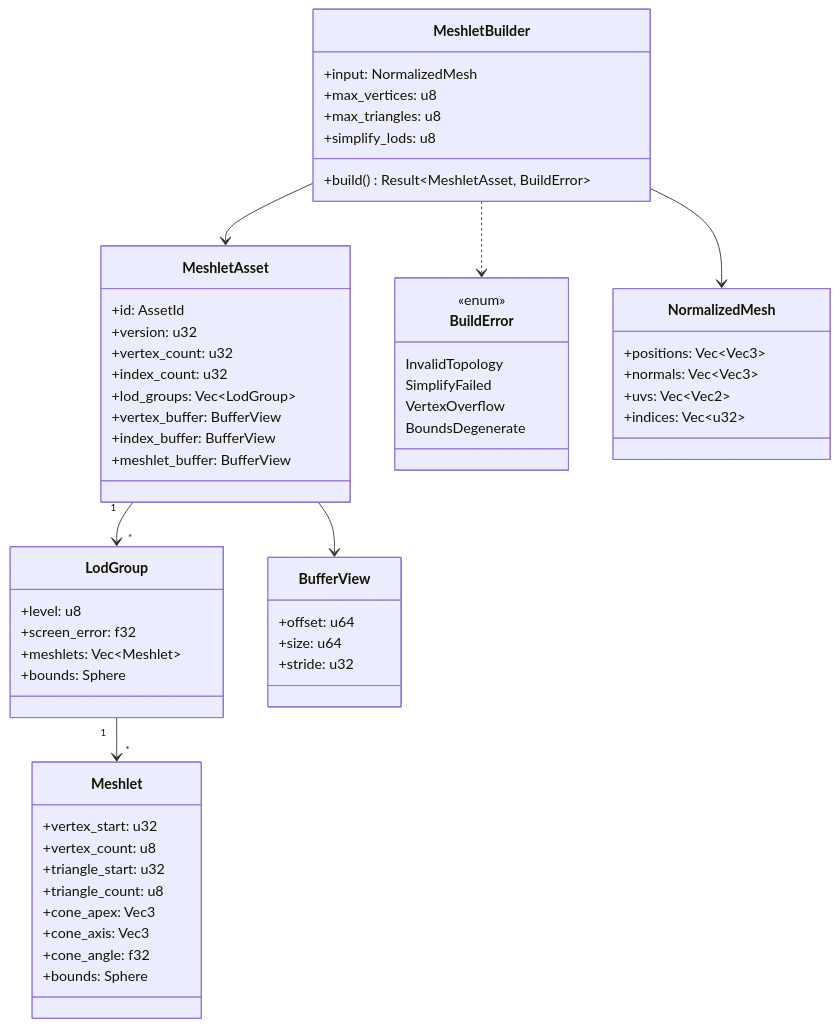
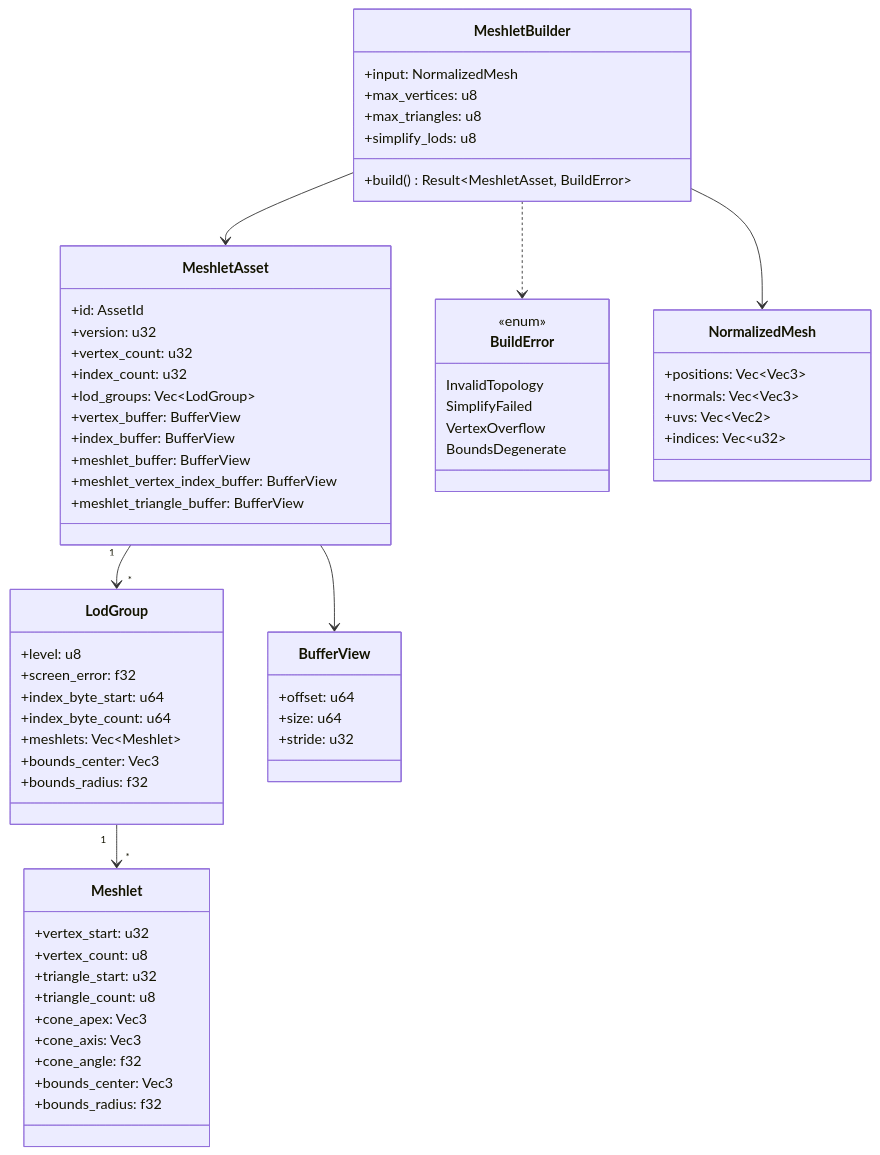
One commit to harmonius-dev/harmonius changed the second of 4 diagrams in docs/design/rendering/meshlets.md. Above: the diagram before and after it, drawn with Mermaid. The commit also changed other lines of this file and 7 other files, not shown here.

First line of the commit message:
review: meshlet vertex indices and GPU layout

````diff
--- a/docs/design/rendering/meshlets.md
+++ b/docs/design/rendering/meshlets.md
@@ -89,60 +91,66 @@
 ```mermaid
 classDiagram
     class MeshletAsset {
         +id: AssetId
         +version: u32
         +vertex_count: u32
         +index_count: u32
         +lod_groups: Vec~LodGroup~
         +vertex_buffer: BufferView
         +index_buffer: BufferView
         +meshlet_buffer: BufferView
+        +meshlet_vertex_index_buffer: BufferView
+        +meshlet_triangle_buffer: BufferView
     }
     class LodGroup {
         +level: u8
         +screen_error: f32
+        +index_byte_start: u64
+        +index_byte_count: u64
         +meshlets: Vec~Meshlet~
-        +bounds: Sphere
+        +bounds_center: Vec3
+        +bounds_radius: f32
     }
     class Meshlet {
         +vertex_start: u32
         +vertex_count: u8
         +triangle_start: u32
         +triangle_count: u8
         +cone_apex: Vec3
         +cone_axis: Vec3
         +cone_angle: f32
-        +bounds: Sphere
+        +bounds_center: Vec3
+        +bounds_radius: f32
     }
     class BufferView {
         +offset: u64
         +size: u64
         +stride: u32
     }
     class MeshletBuilder {
         +input: NormalizedMesh
         +max_vertices: u8
         +max_triangles: u8
         +simplify_lods: u8
         +build() Result~MeshletAsset, BuildError~
     }
     class BuildError {
         <<enum>>
         InvalidTopology
         SimplifyFailed
         VertexOverflow
         BoundsDegenerate
     }
     class NormalizedMesh {
         +positions: Vec~Vec3~
         +normals: Vec~Vec3~
         +uvs: Vec~Vec2~
         +indices: Vec~u32~
     }
     MeshletAsset "1" --> "*" LodGroup
     LodGroup "1" --> "*" Meshlet
     MeshletAsset --> BufferView
     MeshletBuilder --> NormalizedMesh
     MeshletBuilder --> MeshletAsset
     MeshletBuilder ..> BuildError
 ```
````
